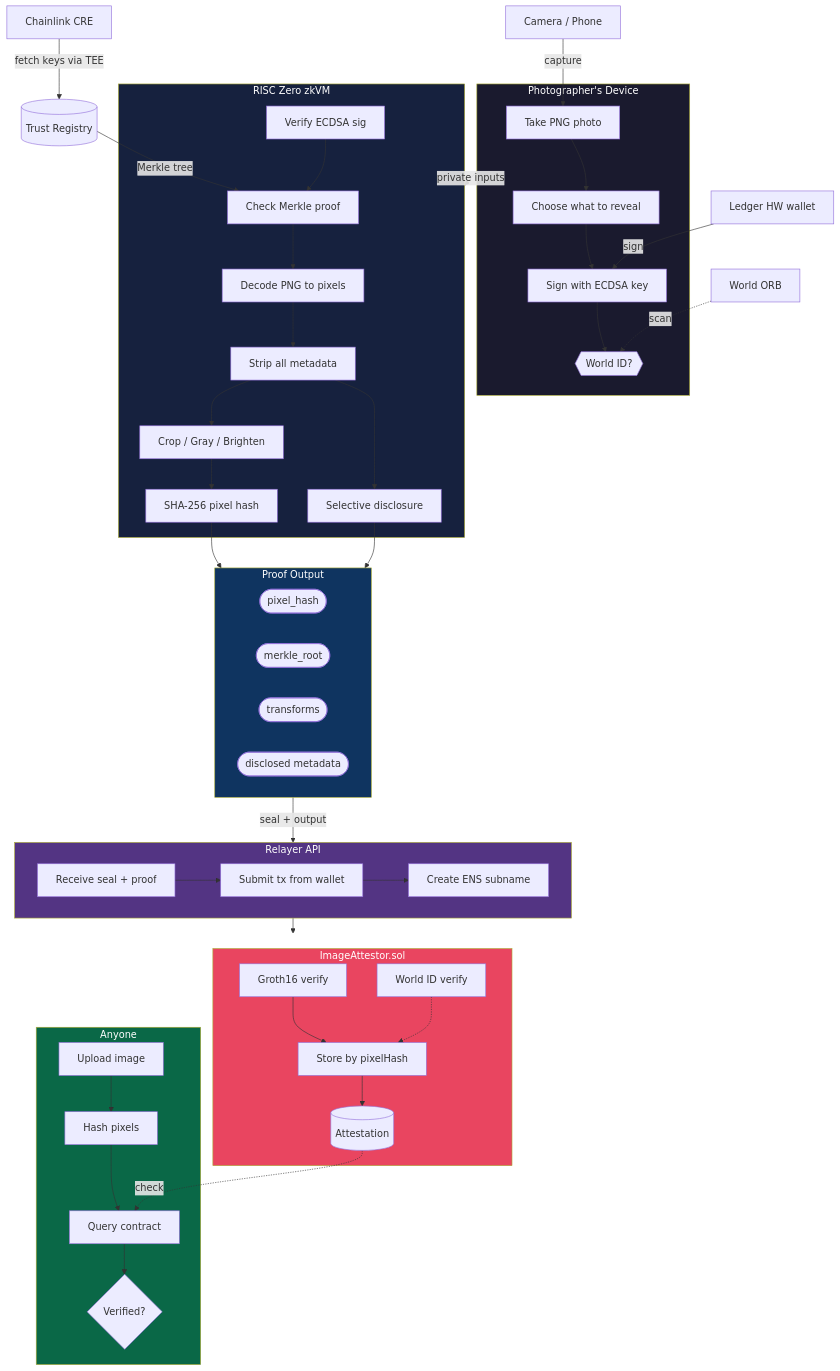
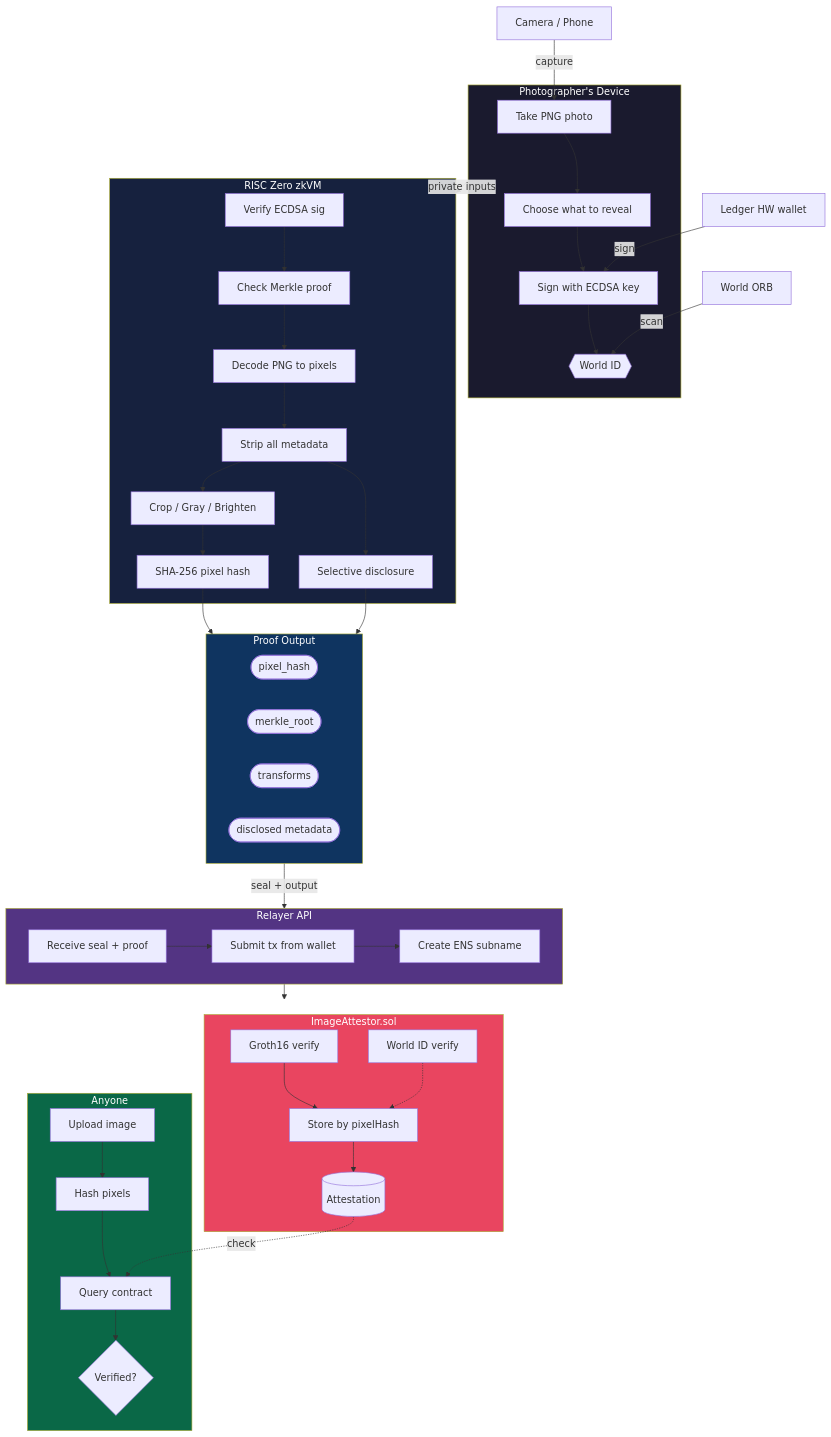
The diagram in README.md (pycckuu/proof-frame), drawn with Mermaid before and after one commit. The commit also changed other lines of this file and 8 other files, not shown here.

````diff
--- a/README.md
+++ b/README.md
@@ -39,82 +39,77 @@
 ```mermaid
 flowchart TD
     CAM["Camera / Phone"]
     LED["Ledger HW wallet"]
     ORB["World ORB"]
-    CRE["Chainlink CRE"]
-    TR[("Trust Registry")]
-
-    CRE -- "fetch keys via TEE" --> TR
 
     subgraph DEVICE [" Photographer's Device "]
         A1["Take PNG photo"]
         A2["Choose what to reveal"]
         A3["Sign with ECDSA key"]
-        A4{{"World ID?"}}
+        A4{{"World ID"}}
         A1 --> A2 --> A3 --> A4
     end
 
     CAM -- "capture" --> A1
     LED -- "sign" --> A3
-    ORB -. "scan" .-> A4
-    TR -- "Merkle tree" --> B2
+    ORB -- "scan" --> A4
 
     subgraph ZK [" RISC Zero zkVM "]
         B1["Verify ECDSA sig"]
         B2["Check Merkle proof"]
         B3["Decode PNG to pixels"]
         B4["Strip all metadata"]
         B5["Crop / Gray / Brighten"]
         B6["SHA-256 pixel hash"]
         B7["Selective disclosure"]
         B1 --> B2 --> B3
         B3 --> B4 --> B5 --> B6
         B4 --> B7
     end
 
     subgraph OUT [" Proof Output "]
         C1([pixel_hash])
         C2([merkle_root])
         C3([transforms])
         C4([disclosed metadata])
     end
 
     subgraph RELAY [" Relayer API "]
         D1["Receive seal + proof"]
         D2["Submit tx from wallet"]
         D3["Create ENS subname"]
         D1 --> D2 --> D3
     end
 
     subgraph CHAIN [" ImageAttestor.sol "]
         E1["Groth16 verify"]
         E2["World ID verify"]
         E3["Store by pixelHash"]
         E4[("Attestation")]
         E1 --> E3
         E2 -.-> E3
         E3 --> E4
     end
 
     subgraph VERIFY [" Anyone "]
         F1["Upload image"]
         F2["Hash pixels"]
         F3["Query contract"]
         F4{"Verified?"}
         F1 --> F2 --> F3 --> F4
     end
 
     DEVICE -- "private inputs" --> ZK
     B6 --> OUT
     B7 --> OUT
     OUT -- "seal + output" --> RELAY
     RELAY --> CHAIN
     E4 -. "check" .-> F3
 
     style DEVICE fill:#1a1a2e,color:#fff
     style ZK fill:#16213e,color:#fff
     style OUT fill:#0f3460,color:#fff
     style RELAY fill:#533483,color:#fff
     style CHAIN fill:#e94560,color:#fff
     style VERIFY fill:#0a6847,color:#fff
 ```
````
